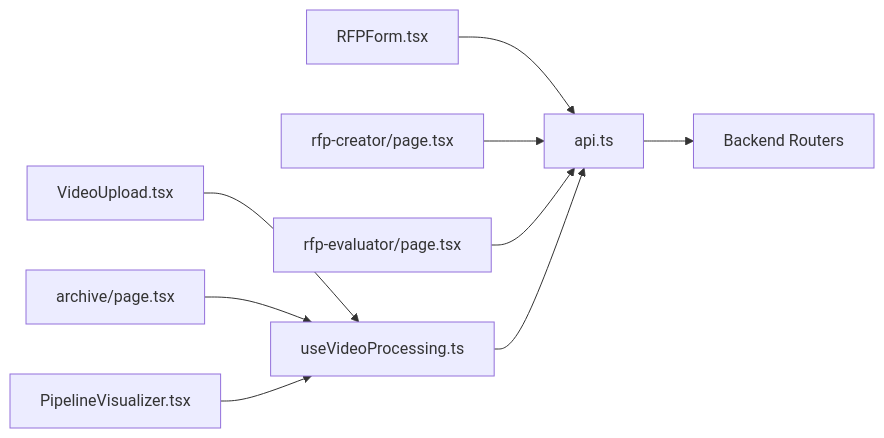
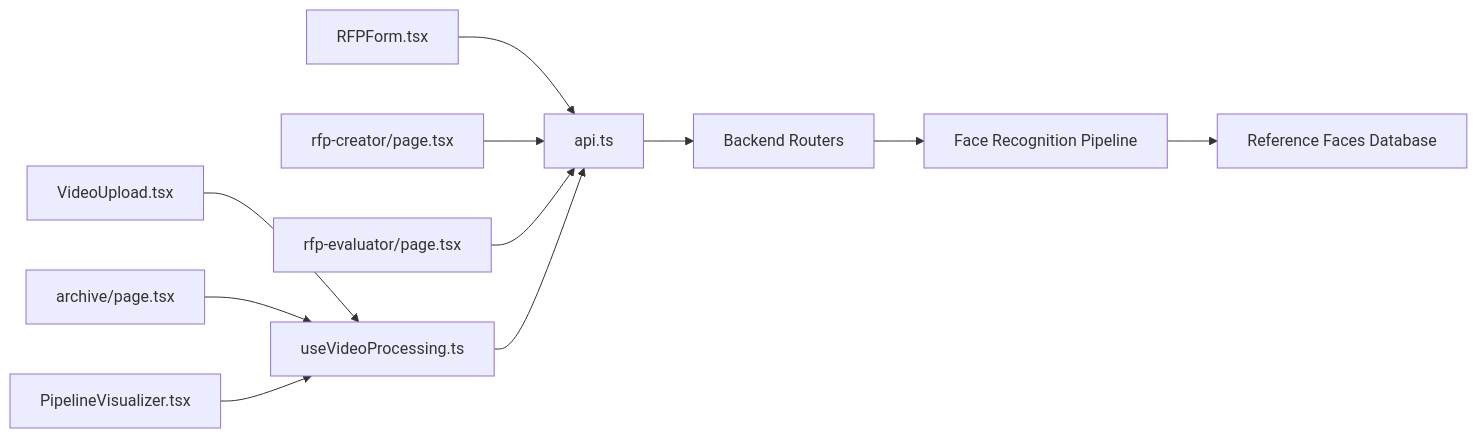
The third of 3 diagrams in .qoder/repowiki/en/content/Frontend Application/API Integration & State Management.md (alexandreybasta-cyber/dubai-media-ai), drawn with Mermaid before and after one commit. The commit also changed other lines of this file and 54 other files, not shown here.

````diff
--- a/.qoder/repowiki/en/content/Frontend Application/API Integration & State Management.md
+++ b/.qoder/repowiki/en/content/Frontend Application/API Integration & State Management.md
@@ -345,11 +382,13 @@
 ```mermaid
 graph LR
 UI_A["VideoUpload.tsx"] --> Hook["useVideoProcessing.ts"]
 UI_B["archive/page.tsx"] --> Hook
 UI_C["PipelineVisualizer.tsx"] --> Hook
 UI_D["RFPForm.tsx"] --> API["api.ts"]
 UI_E["rfp-creator/page.tsx"] --> API
 UI_F["rfp-evaluator/page.tsx"] --> API
 Hook --> API
 API --> Backend["Backend Routers"]
+Backend --> FacePipeline["Face Recognition Pipeline"]
+FacePipeline --> ReferenceDB["Reference Faces Database"]
 ```
````
